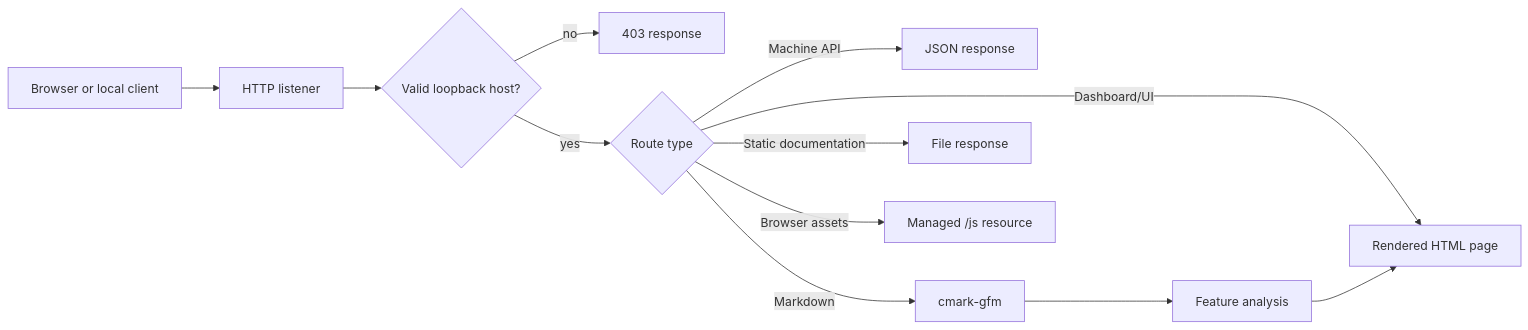
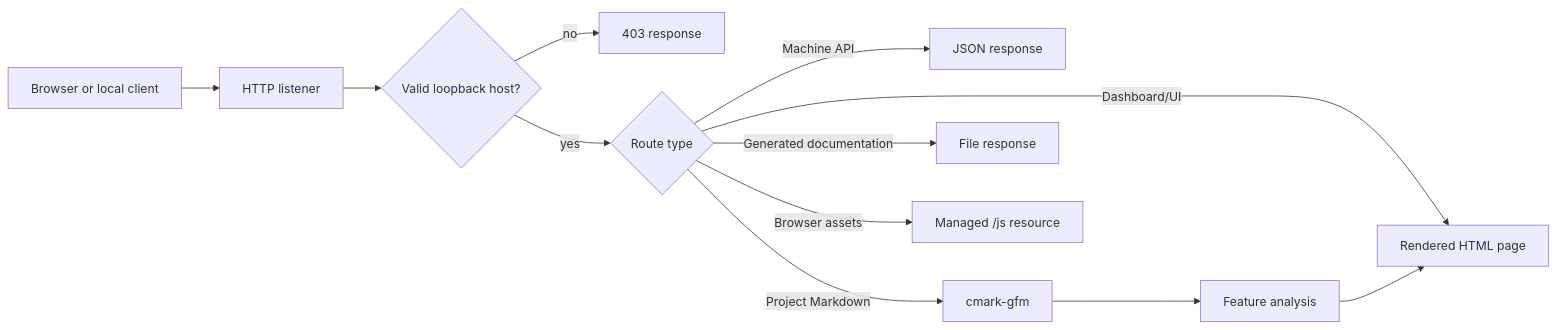
The first of 2 diagrams in admin/server-docs/server.md (adeccscholar/BuildEngine-Admin), drawn with Mermaid before and after one commit. The commit also changed other lines of this file, not shown here.

Commit message:
Refine server documentation and live Markdown model

````diff
--- a/admin/server-docs/server.md
+++ b/admin/server-docs/server.md
@@ -51,14 +38,14 @@
 ```mermaid
 flowchart LR
    B[Browser or local client] --> H[HTTP listener]
    H --> V{Valid loopback host?}
    V -- no --> F[403 response]
    V -- yes --> R{Route type}
    R -->|Machine API| J[JSON response]
    R -->|Dashboard/UI| P[Rendered HTML page]
-   R -->|Markdown| M[cmark-gfm]
+   R -->|Project Markdown| M[cmark-gfm]
    M --> A[Feature analysis]
    A --> P
-   R -->|Static documentation| S[File response]
+   R -->|Generated documentation| S[File response]
    R -->|Browser assets| W[Managed /js resource]
 ```
````
